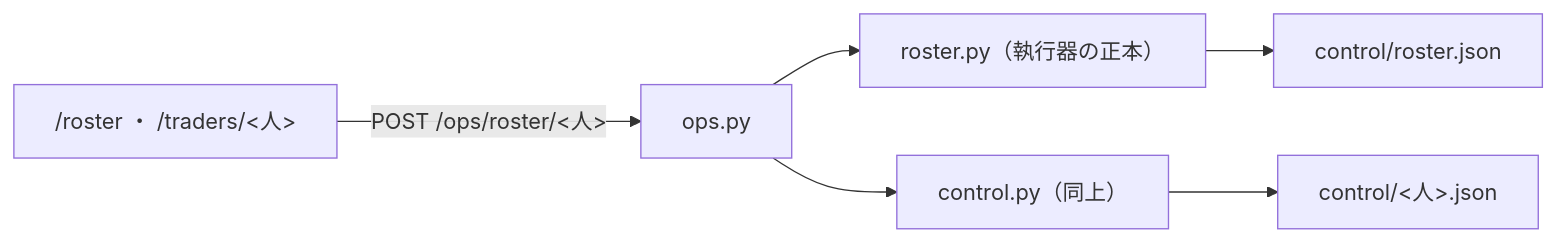
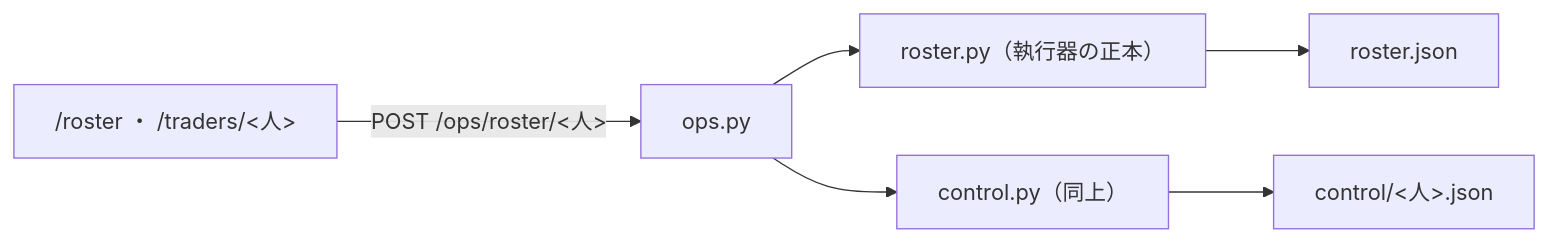
The fourth of 5 diagrams in docs/plans/trader-roster-dashboard.md (akiraak/ai-income-lab), drawn with Mermaid before and after one commit. The commit also changed other lines of this file and 15 other files, not shown here.

````diff
--- a/docs/plans/trader-roster-dashboard.md
+++ b/docs/plans/trader-roster-dashboard.md
@@ -133,8 +136,8 @@
 ```mermaid
 flowchart LR
   U["/roster ・ /traders/&lt;人&gt;"] -->|"POST /ops/roster/&lt;人&gt;"| O["ops.py"]
   O --> RP["roster.py（執行器の正本）"]
   O --> CP["control.py（同上）"]
-  RP --> J["control/roster.json"]
+  RP --> J["roster.json"]
   CP --> K["control/&lt;人&gt;.json"]
 ```
````
